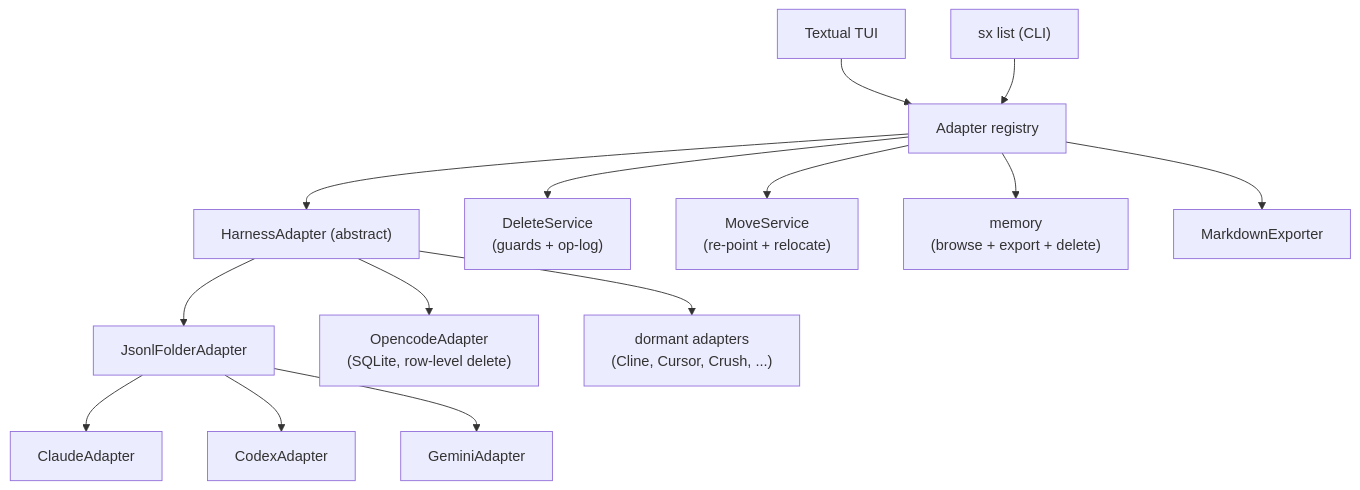
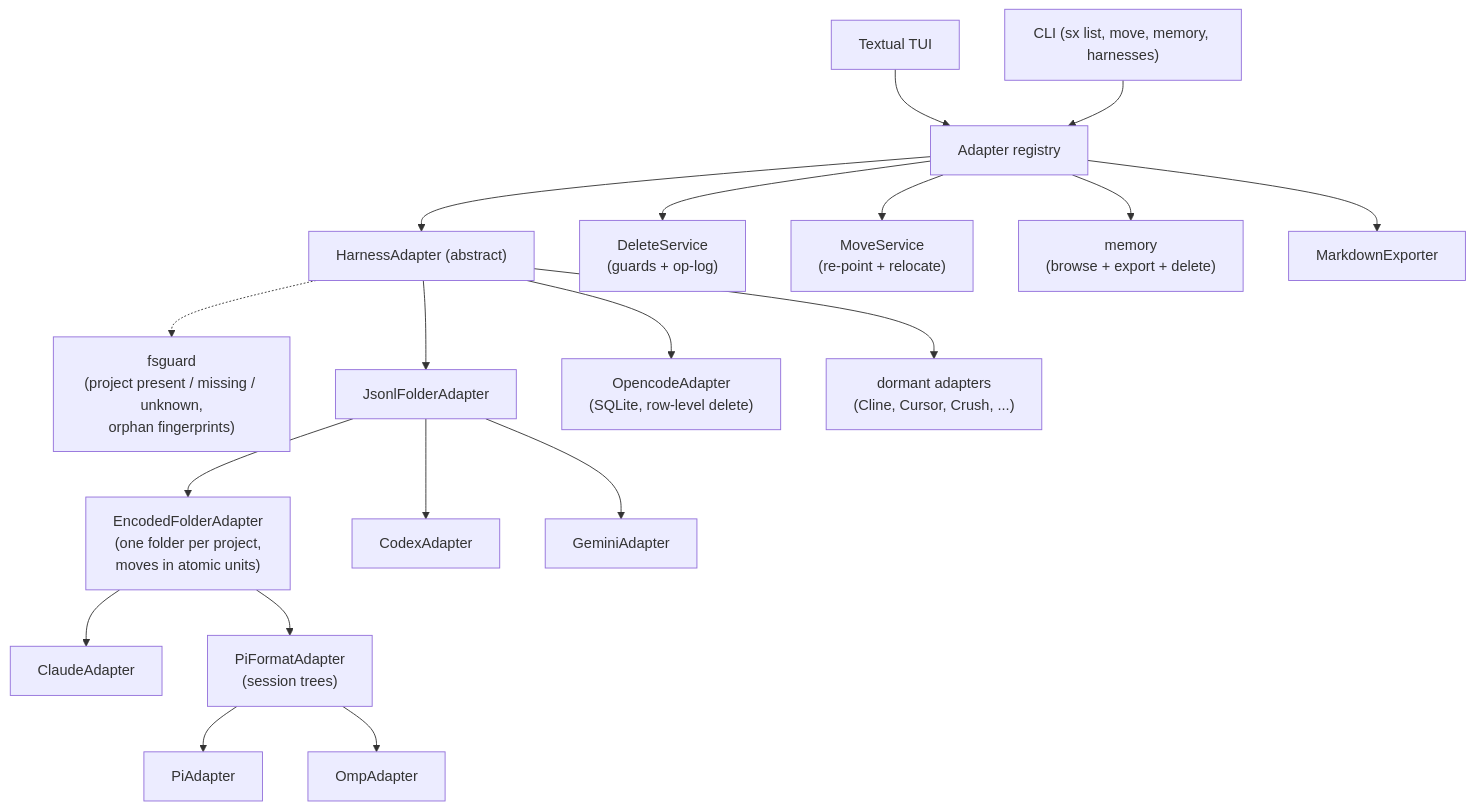
Before and after one commit to junxit/agentic-session-explorer: the diagram in README.md, drawn with Mermaid. The commit also changed other lines of this file and 63 other files, not shown here.

````diff
--- a/README.md
+++ b/README.md
@@ -302,16 +540,21 @@
 ```mermaid
 flowchart TD
     TUI["Textual TUI"] --> REG["Adapter registry"]
-    CLI["sx list (CLI)"] --> REG
+    CLI["CLI (sx list, move, memory, harnesses)"] --> REG
     REG --> BASE["HarnessAdapter (abstract)"]
+    BASE -.-> FSG["fsguard\n(project present / missing / unknown,\norphan fingerprints)"]
     BASE --> JF["JsonlFolderAdapter"]
-    JF --> CL["ClaudeAdapter"]
+    JF --> EF["EncodedFolderAdapter\n(one folder per project,\nmoves in atomic units)"]
+    EF --> CL["ClaudeAdapter"]
+    EF --> PF["PiFormatAdapter\n(session trees)"]
+    PF --> PI["PiAdapter"]
+    PF --> OMP["OmpAdapter"]
     JF --> CX["CodexAdapter"]
     JF --> GM["GeminiAdapter"]
     BASE --> OC["OpencodeAdapter\n(SQLite, row-level delete)"]
     BASE --> DORM["dormant adapters\n(Cline, Cursor, Crush, ...)"]
     REG --> DEL["DeleteService\n(guards + op-log)"]
     REG --> MOV["MoveService\n(re-point + relocate)"]
     REG --> MEM["memory\n(browse + export + delete)"]
     REG --> EXP["MarkdownExporter"]
 ```
````
